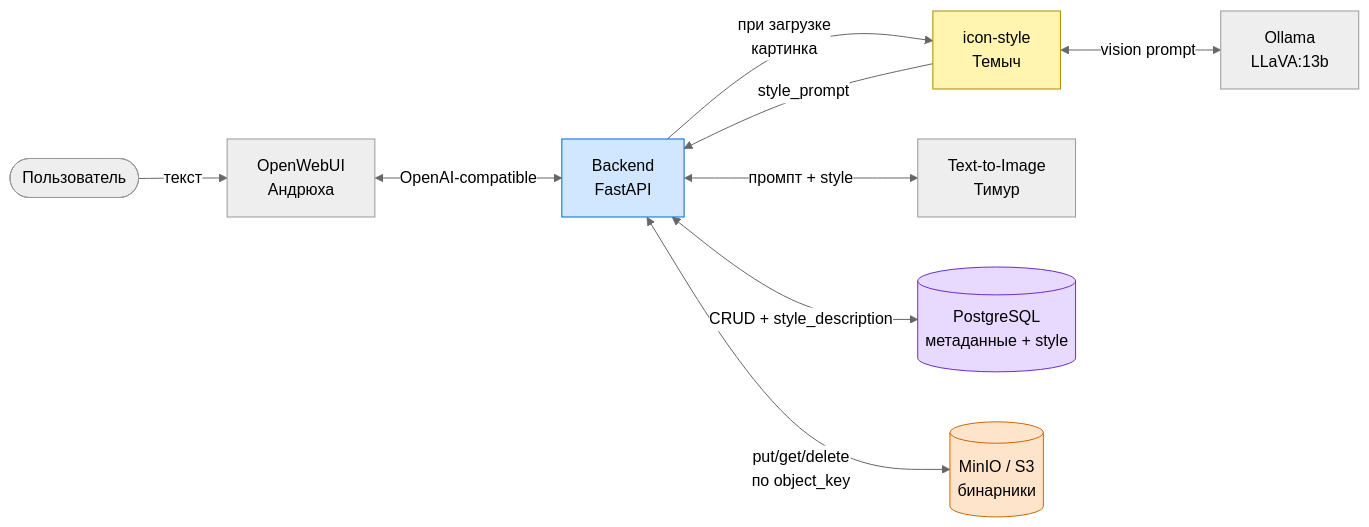
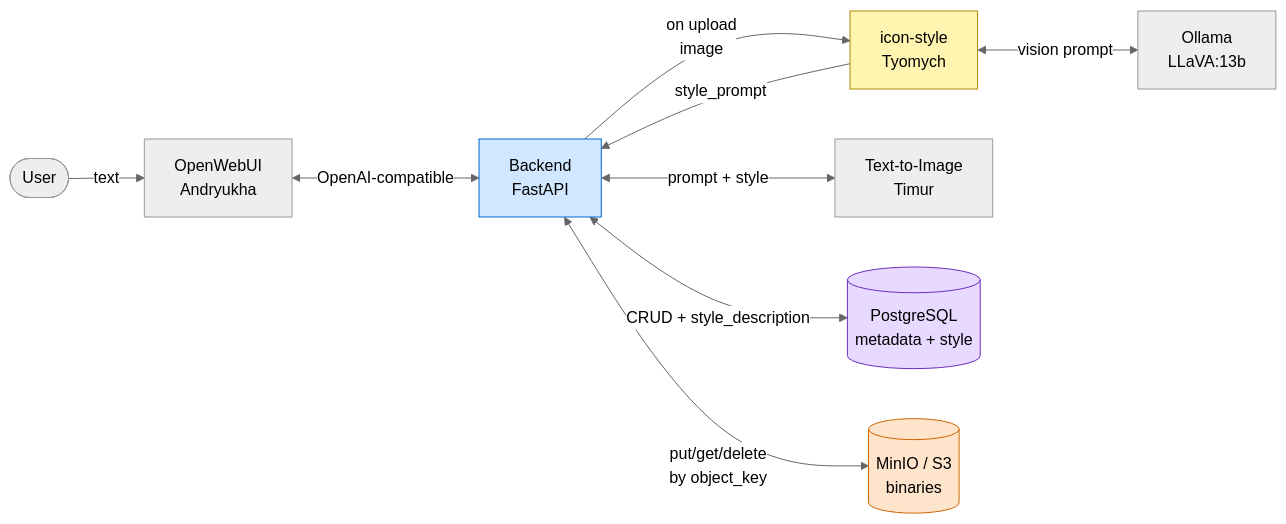
The first of 4 diagrams in README.md (esgon191/icon-gen), drawn with Mermaid (neutral theme) before and after one commit. The commit also changed other lines of this file, not shown here.

````diff
--- a/README.md
+++ b/README.md
@@ -65,25 +66,25 @@
 ```mermaid
 flowchart LR
-    User([Пользователь])
-    OWU[OpenWebUI<br/>Андрюха]
+    User([User])
+    OWU[OpenWebUI<br/>Andryukha]
     BE[Backend<br/>FastAPI]
-    IS[icon-style<br/>Темыч]
+    IS[icon-style<br/>Tyomych]
     OL[Ollama<br/>LLaVA:13b]
-    T2I[Text-to-Image<br/>Тимур]
-    PG[(PostgreSQL<br/>метаданные + style)]
-    S3[(MinIO / S3<br/>бинарники)]
+    T2I[Text-to-Image<br/>Timur]
+    PG[(PostgreSQL<br/>metadata + style)]
+    S3[(MinIO / S3<br/>binaries)]
 
-    User -->|текст| OWU
+    User -->|text| OWU
     OWU <-->|OpenAI-compatible| BE
-    BE -->|при загрузке<br/>картинка| IS
+    BE -->|on upload<br/>image| IS
     IS <-->|vision prompt| OL
     IS -->|style_prompt| BE
-    BE <-->|промпт + style| T2I
+    BE <-->|prompt + style| T2I
     BE <-->|CRUD + style_description| PG
-    BE <-->|put/get/delete<br/>по object_key| S3
+    BE <-->|put/get/delete<br/>by object_key| S3
 
     style BE fill:#d1e7ff,stroke:#0066cc
     style PG fill:#e7d9ff,stroke:#6b2fc0
     style S3 fill:#ffe4cc,stroke:#cc6600
     style IS fill:#fff4b0,stroke:#b08800
 ```
````
